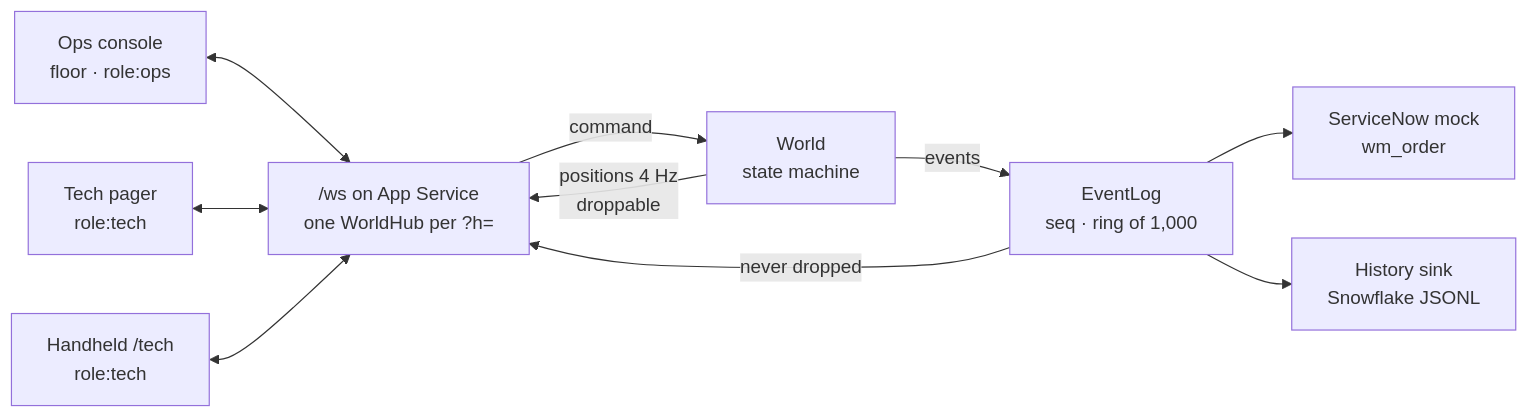
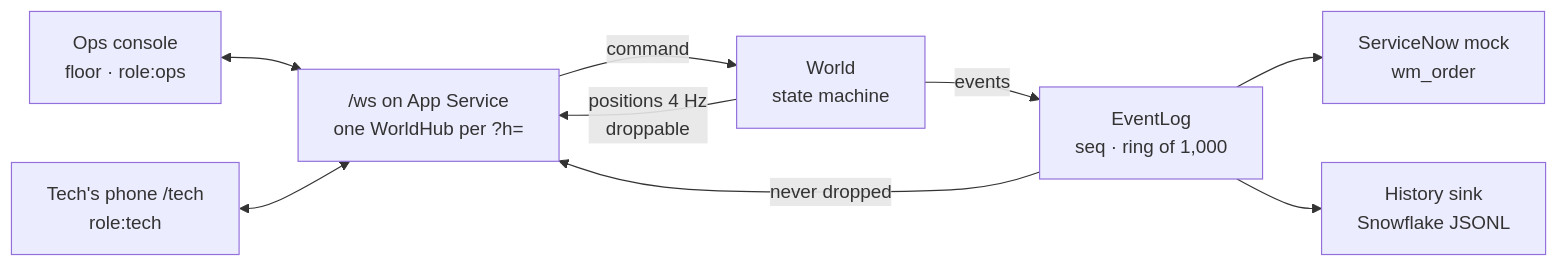
Before and after one commit to design-and-deliver/assetpulse-rtls-demo: the diagram in README.md, drawn with Mermaid. The commit also changed other lines of this file and 13 other files, not shown here.

First line of the commit message:
feat(web): split view, floor on the left and the tech's phone on the right

````diff
--- a/README.md
+++ b/README.md
@@ -39,12 +39,11 @@
 ```mermaid
 flowchart LR
   C["Ops console<br/>floor · role:ops"] <--> WS
-  P["Tech pager<br/>role:tech"] <--> WS
-  M["Handheld /tech<br/>role:tech"] <--> WS
+  M["Tech's phone /tech<br/>role:tech"] <--> WS
   WS["/ws on App Service<br/>one WorldHub per ?h="] -->|command| W["World<br/>state machine"]
   W -->|events| L["EventLog<br/>seq · ring of 1,000"]
   L -->|"never dropped"| WS
   W -->|"positions 4 Hz<br/>droppable"| WS
   L --> SN["ServiceNow mock<br/>wm_order"]
   L --> SF["History sink<br/>Snowflake JSONL"]
 ```
````
